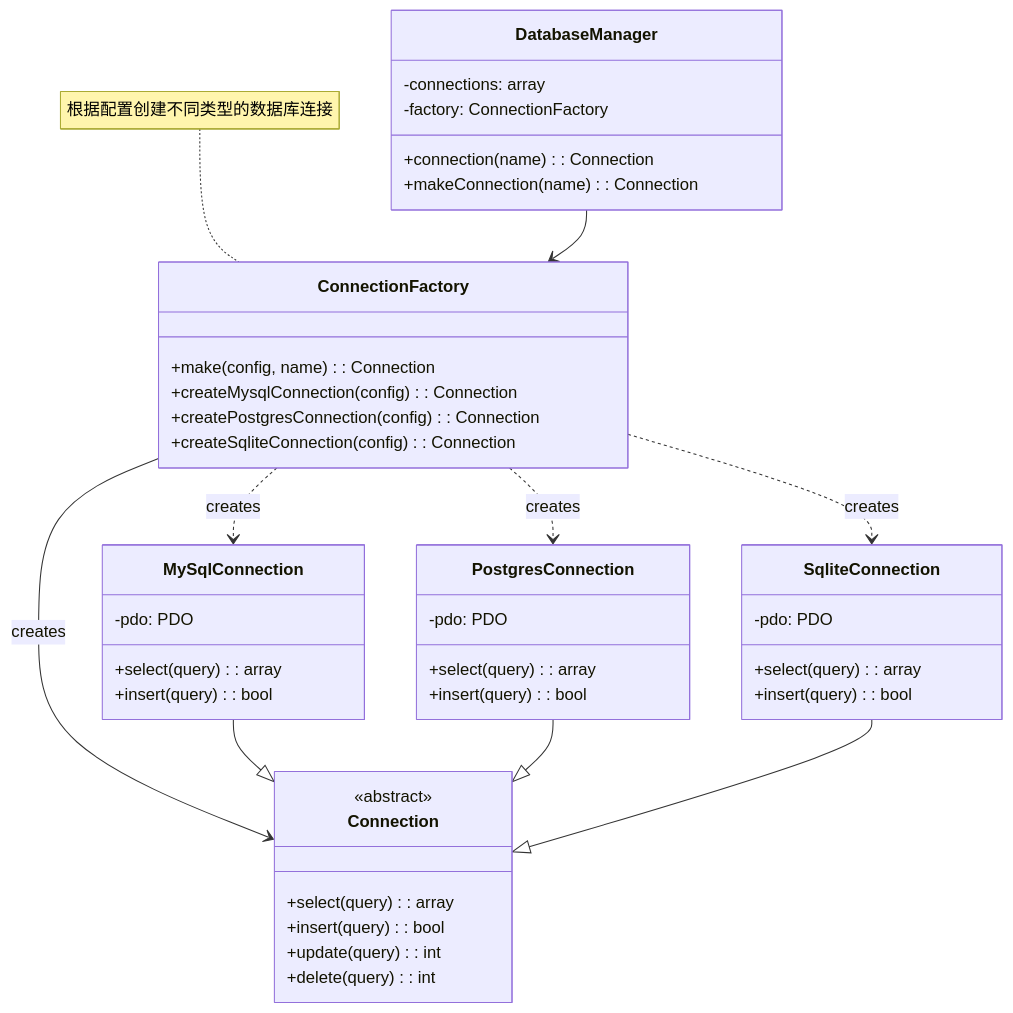
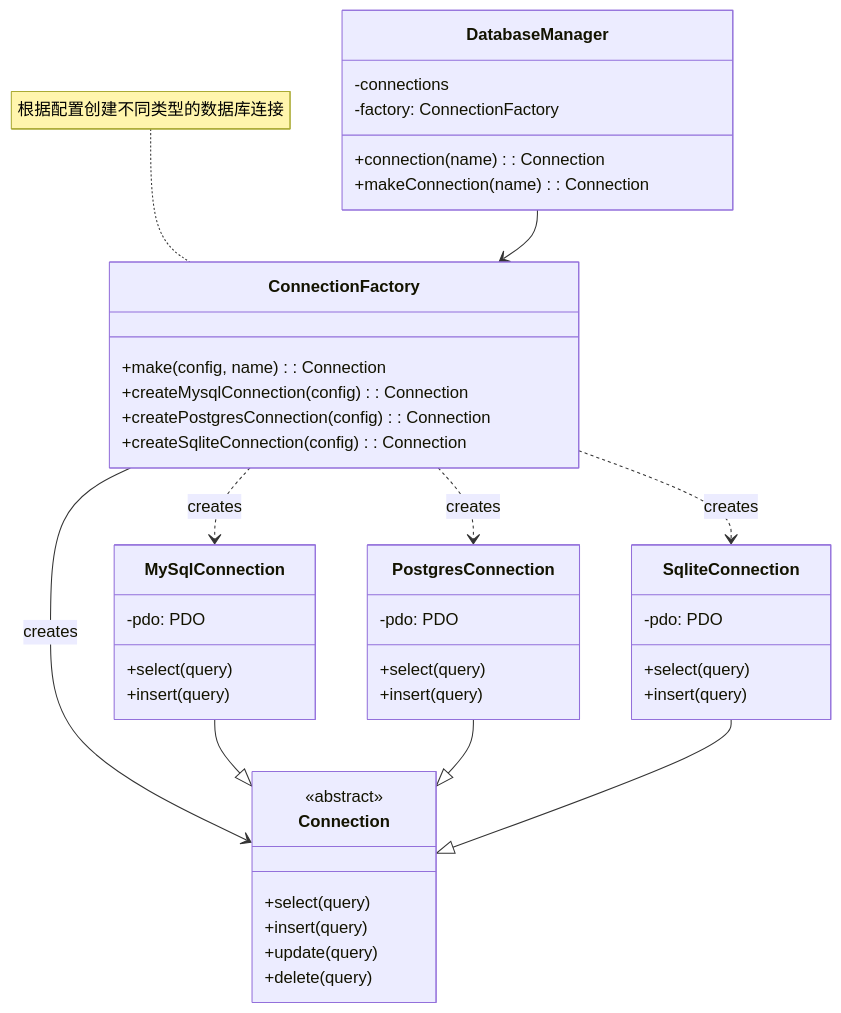
One commit to fanly/DesignPattern changed the second of 5 diagrams in resources/design-patterns/laravel/creational/factory_method_zh.md. Above: the diagram before and after it, drawn with Mermaid. The commit also changed other lines of this file and 103 other files, not shown here.

````diff
--- a/resources/design-patterns/laravel/creational/factory_method_zh.md
+++ b/resources/design-patterns/laravel/creational/factory_method_zh.md
@@ -40,53 +40,53 @@
 ```mermaid
 classDiagram
     class DatabaseManager {
-        -connections: array
+        -connections
         -factory: ConnectionFactory
         +connection(name): Connection
         +makeConnection(name): Connection
     }
     
     class ConnectionFactory {
         +make(config, name): Connection
         +createMysqlConnection(config): Connection
         +createPostgresConnection(config): Connection
         +createSqliteConnection(config): Connection
     }
     
     class Connection {
         <<abstract>>
-        +select(query): array
-        +insert(query): bool
-        +update(query): int
-        +delete(query): int
+        +select(query)
+        +insert(query)
+        +update(query)
+        +delete(query)
     }
     
     class MySqlConnection {
         -pdo: PDO
-        +select(query): array
-        +insert(query): bool
+        +select(query)
+        +insert(query)
     }
     
     class PostgresConnection {
         -pdo: PDO
-        +select(query): array
-        +insert(query): bool
+        +select(query)
+        +insert(query)
     }
     
     class SqliteConnection {
         -pdo: PDO
-        +select(query): array
-        +insert(query): bool
+        +select(query)
+        +insert(query)
     }
     
     DatabaseManager --> ConnectionFactory
     ConnectionFactory --> Connection : creates
     MySqlConnection --|> Connection
     PostgresConnection --|> Connection
     SqliteConnection --|> Connection
     ConnectionFactory ..> MySqlConnection : creates
     ConnectionFactory ..> PostgresConnection : creates
     ConnectionFactory ..> SqliteConnection : creates
     
     note for ConnectionFactory "根据配置创建不同类型的数据库连接"
 ```
````
